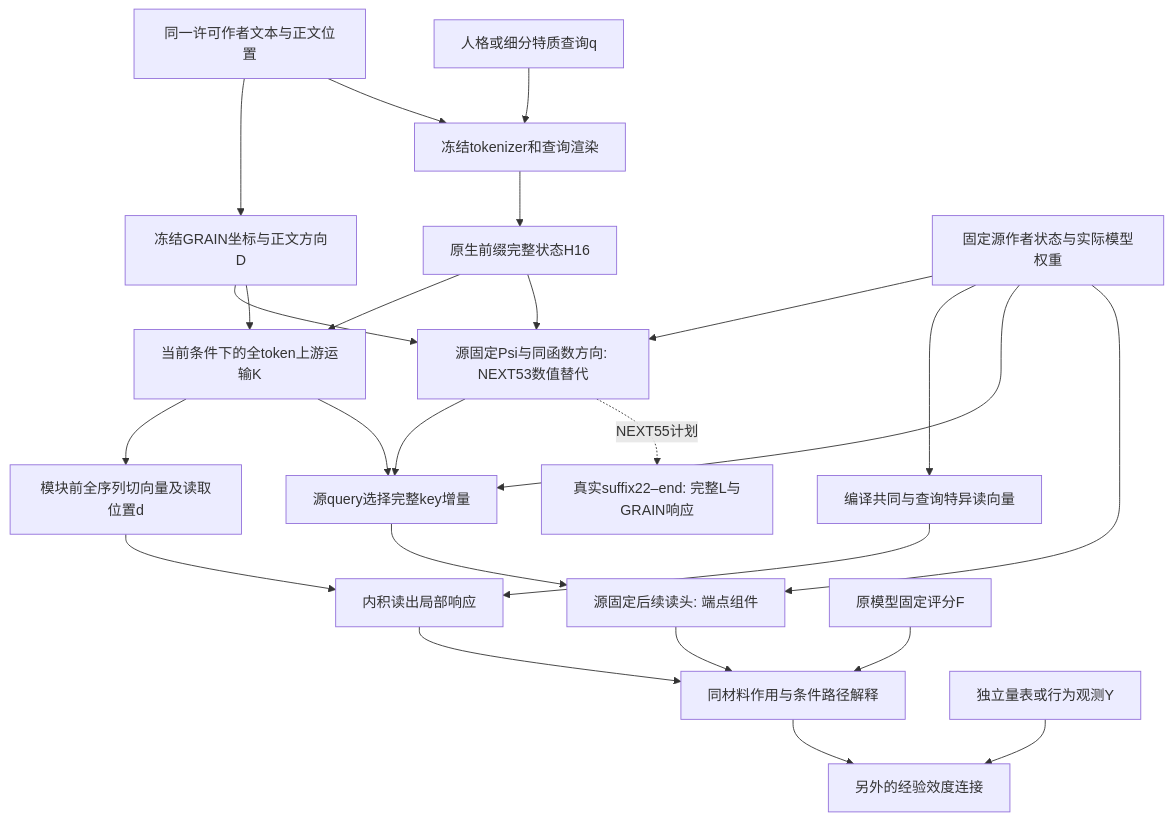
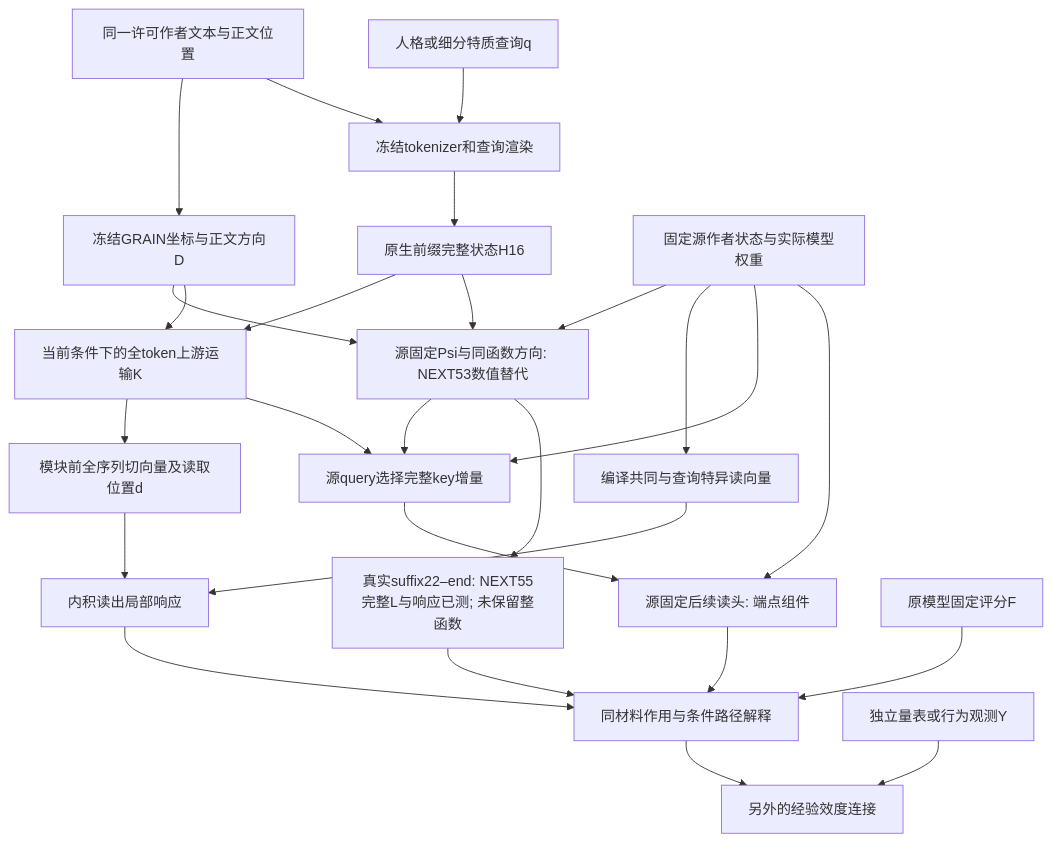
The diagram in docs/GRAIN_UPSTREAM_MECHANISM_INTEGRATION_V1.md (reiserhhh/GRAIN), drawn with Mermaid before and after one commit. The commit also changed other lines of this file and 35 other files, not shown here.

````diff
--- a/docs/GRAIN_UPSTREAM_MECHANISM_INTEGRATION_V1.md
+++ b/docs/GRAIN_UPSTREAM_MECHANISM_INTEGRATION_V1.md
@@ -8,27 +8,28 @@
 ```mermaid
 flowchart TD
   T[同一许可作者文本与正文位置] --> G[冻结GRAIN坐标与正文方向D]
   T --> R[冻结tokenizer和查询渲染]
   Q[人格或细分特质查询q] --> R
   R --> H[原生前缀完整状态H16]
   H --> K[当前条件下的全token上游运输K]
   H --> P[源固定Psi与同函数方向: NEXT53数值替代]
   G --> P
   S --> P
   P --> U
-  P -. NEXT55计划 .-> W[真实suffix22–end: 完整L与GRAIN响应]
+  P --> W[真实suffix22–end: NEXT55完整L与响应已测; 未保留整函数]
+  W --> J
   G --> K
   K --> D[模块前全序列切向量及读取位置d]
   S[固定源作者状态与实际模型权重] --> V[编译共同与查询特异读向量]
   D --> A[内积读出局部响应]
   V --> A
   K --> U[源query选择完整key增量]
   S --> U
   U --> C[源固定后续读头: 端点组件]
   S --> C
   C --> J
   A --> J[同材料作用与条件路径解释]
   F[原模型固定评分F] --> J
   Y[独立量表或行为观测Y] --> E[另外的经验效度连接]
   J --> E
 ```
````
